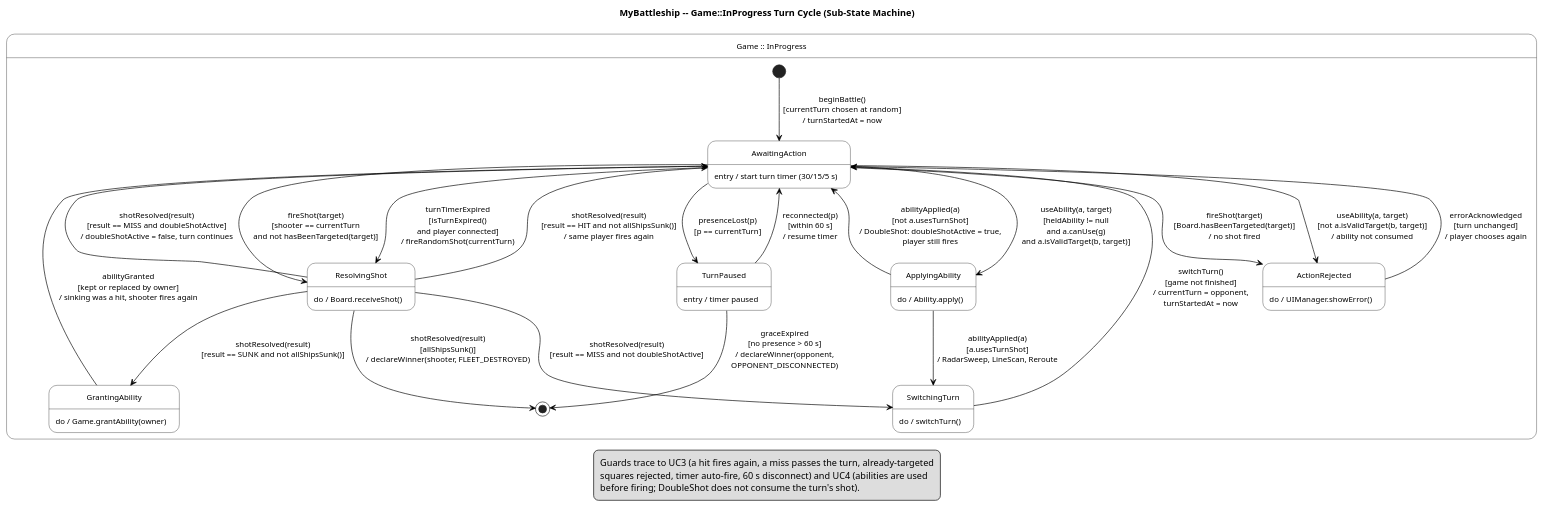
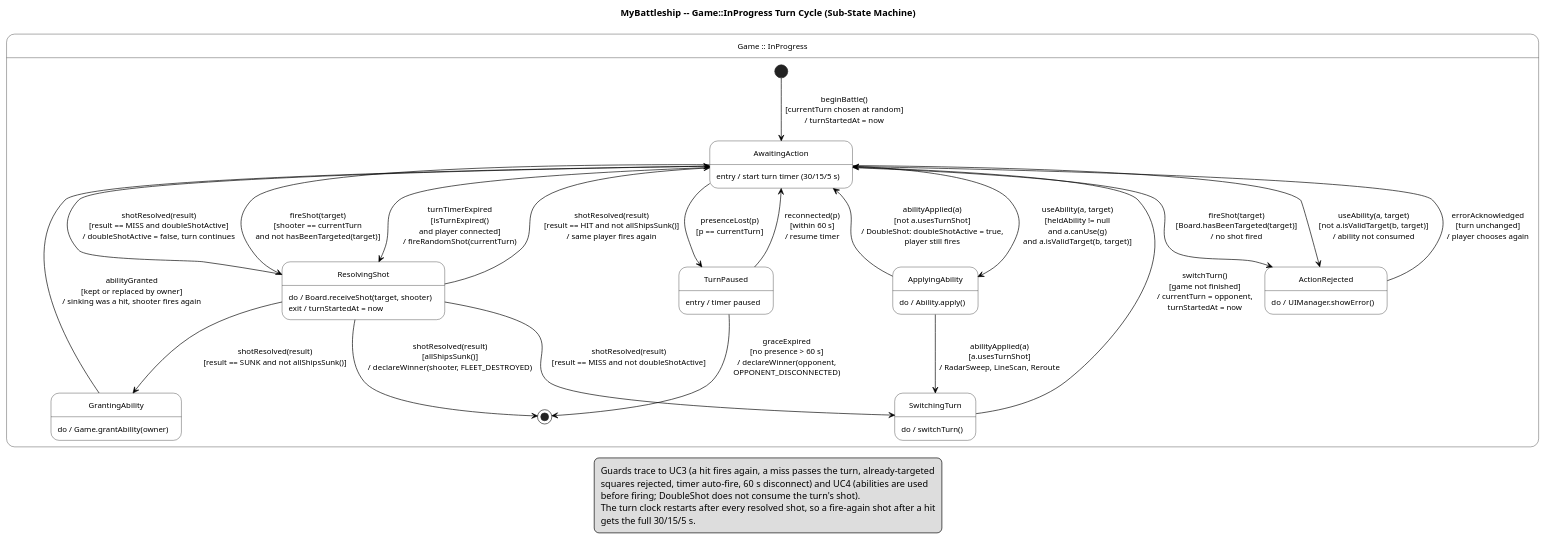
One commit to queeeety/battleship-online changed the diagram in docs/uml/state/turn-cycle.puml. Above: the diagram before and after it, drawn with PlantUML. The commit also changed 7 other files, not shown here.

First line of the commit message:
Update UML for Stage 1 rules engine changes

```diff
--- a/docs/uml/state/turn-cycle.puml
+++ b/docs/uml/state/turn-cycle.puml
@@ -1,64 +1,67 @@
 @startuml 4_4_TurnCycle_SubStateDiagram
 ' MyBattleship -- GroupXXAssign2.pdf, section 4.4: Turn Cycle (sub-state diagram)
 ' Expands the InProgress composite state of section 4.1 (Game). Covers UC3 Fire Shot and UC4 Use Ability.
 title MyBattleship -- Game::InProgress Turn Cycle (Sub-State Machine)
 
 hide empty description
 skinparam nodesep 55
 skinparam ranksep 75
 skinparam padding 5
 skinparam defaultFontSize 13
 skinparam ArrowFontSize 12
 skinparam StateFontSize 14
 skinparam StateAttributeFontSize 12
 skinparam state {
   BackgroundColor White
   BorderColor Black
   ArrowColor Black
 }
 
 state "Game :: InProgress" as InProgress {
 
   [*] --> AwaitingAction : beginBattle()\n[currentTurn chosen at random]\n/ turnStartedAt = now
 
   state AwaitingAction : entry / start turn timer (30/15/5 s)
 
-  state ResolvingShot : do / Board.receiveShot()
+  state ResolvingShot : do / Board.receiveShot(target, shooter)
+  state ResolvingShot : exit / turnStartedAt = now
   state ApplyingAbility : do / Ability.apply()
   state GrantingAbility : do / Game.grantAbility(owner)
   state SwitchingTurn : do / switchTurn()
   state TurnPaused : entry / timer paused
   state ActionRejected : do / UIManager.showError()
 
   AwaitingAction --> ActionRejected : fireShot(target)\n[Board.hasBeenTargeted(target)]\n/ no shot fired
   AwaitingAction --> ResolvingShot : fireShot(target)\n[shooter == currentTurn\nand not hasBeenTargeted(target)]
   AwaitingAction --> ResolvingShot : turnTimerExpired\n[isTurnExpired()\nand player connected]\n/ fireRandomShot(currentTurn)
   AwaitingAction --> ApplyingAbility : useAbility(a, target)\n[heldAbility != null\nand a.canUse(g)\nand a.isValidTarget(b, target)]
   AwaitingAction --> ActionRejected : useAbility(a, target)\n[not a.isValidTarget(b, target)]\n/ ability not consumed
   AwaitingAction --> TurnPaused : presenceLost(p)\n[p == currentTurn]
 
   ActionRejected --> AwaitingAction : errorAcknowledged\n[turn unchanged]\n/ player chooses again
 
   TurnPaused --> AwaitingAction : reconnected(p)\n[within 60 s]\n/ resume timer
   TurnPaused --> [*] : graceExpired\n[no presence > 60 s]\n/ declareWinner(opponent,\nOPPONENT_DISCONNECTED)
 
   ResolvingShot --> AwaitingAction : shotResolved(result)\n[result == HIT and not allShipsSunk()]\n/ same player fires again
   ResolvingShot --> GrantingAbility : shotResolved(result)\n[result == SUNK and not allShipsSunk()]
   ResolvingShot --> AwaitingAction : shotResolved(result)\n[result == MISS and doubleShotActive]\n/ doubleShotActive = false, turn continues
   ResolvingShot --> SwitchingTurn : shotResolved(result)\n[result == MISS and not doubleShotActive]
   ResolvingShot --> [*] : shotResolved(result)\n[allShipsSunk()]\n/ declareWinner(shooter, FLEET_DESTROYED)
 
   GrantingAbility --> AwaitingAction : abilityGranted\n[kept or replaced by owner]\n/ sinking was a hit, shooter fires again
 
   ApplyingAbility --> SwitchingTurn : abilityApplied(a)\n[a.usesTurnShot]\n/ RadarSweep, LineScan, Reroute
   ApplyingAbility --> AwaitingAction : abilityApplied(a)\n[not a.usesTurnShot]\n/ DoubleShot: doubleShotActive = true,\nplayer still fires
 
   SwitchingTurn --> AwaitingAction : switchTurn()\n[game not finished]\n/ currentTurn = opponent,\nturnStartedAt = now
 }
 
 legend bottom
   Guards trace to UC3 (a hit fires again, a miss passes the turn, already-targeted
   squares rejected, timer auto-fire, 60 s disconnect) and UC4 (abilities are used
   before firing; DoubleShot does not consume the turn's shot).
+  The turn clock restarts after every resolved shot, so a fire-again shot after a hit
+  gets the full 30/15/5 s.
 endlegend
 @enduml
```
